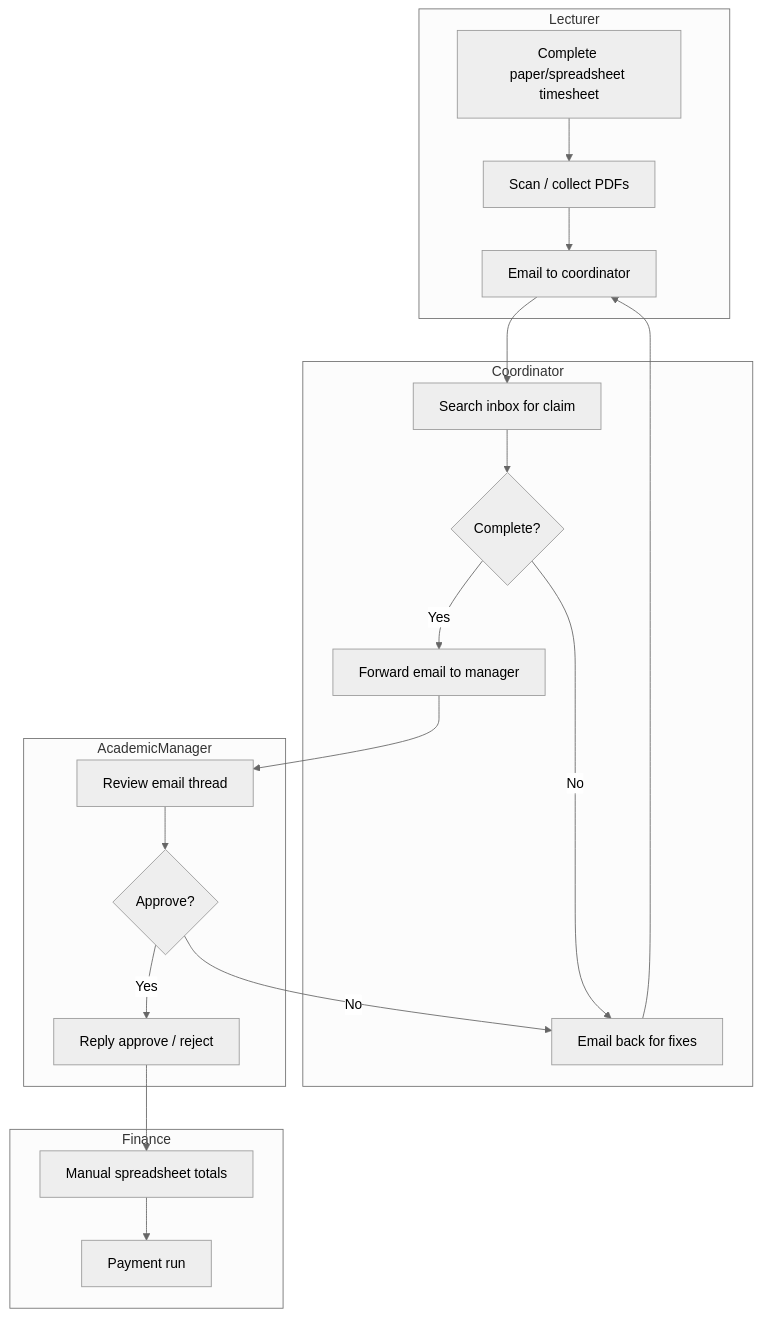
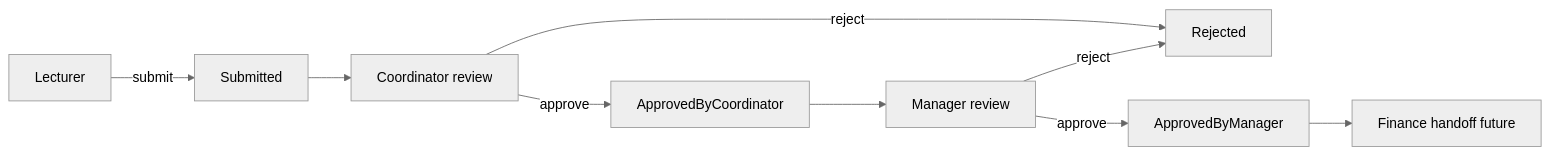
Before and after one commit to jah-guide/CMCS-Project: the second of 2 diagrams in docs/05-process-as-is-to-be.md, drawn with Mermaid (neutral theme). The commit also changed other lines of this file, not shown here.

Commit message:
docs: simplify as-is and to-be process diagrams

````diff
--- a/docs/05-process-as-is-to-be.md
+++ b/docs/05-process-as-is-to-be.md
@@ -7,28 +27,11 @@
 ```mermaid
-flowchart TD
-    subgraph Lecturer
-        A[Complete paper/spreadsheet timesheet]
-        B[Scan / collect PDFs]
-        C[Email to coordinator]
-    end
-    subgraph Coordinator
-        D[Search inbox for claim]
-        E{Complete?}
-        F[Email back for fixes]
-        G[Forward email to manager]
-    end
-    subgraph AcademicManager
-        H[Review email thread]
-        I{Approve?}
-        J[Reply approve / reject]
-    end
-    subgraph Finance
-        K[Manual spreadsheet totals]
-        L[Payment run]
-    end
-    A --> B --> C --> D --> E
-    E -->|No| F --> C
-    E -->|Yes| G --> H --> I
-    I -->|No| F
-    I -->|Yes| J --> K --> L
+flowchart LR
+    L[Lecturer] -->|submit| S[Submitted]
+    S --> C[Coordinator review]
+    C -->|approve| AC[ApprovedByCoordinator]
+    C -->|reject| R[Rejected]
+    AC --> M[Manager review]
+    M -->|approve| AM[ApprovedByManager]
+    M -->|reject| R
+    AM --> F[Finance handoff future]
 ```
````
